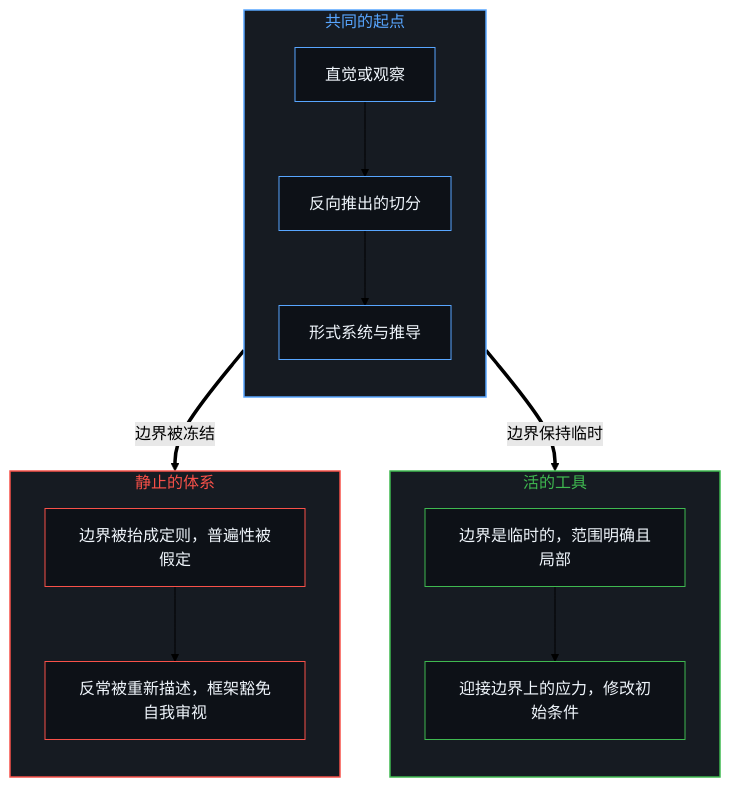
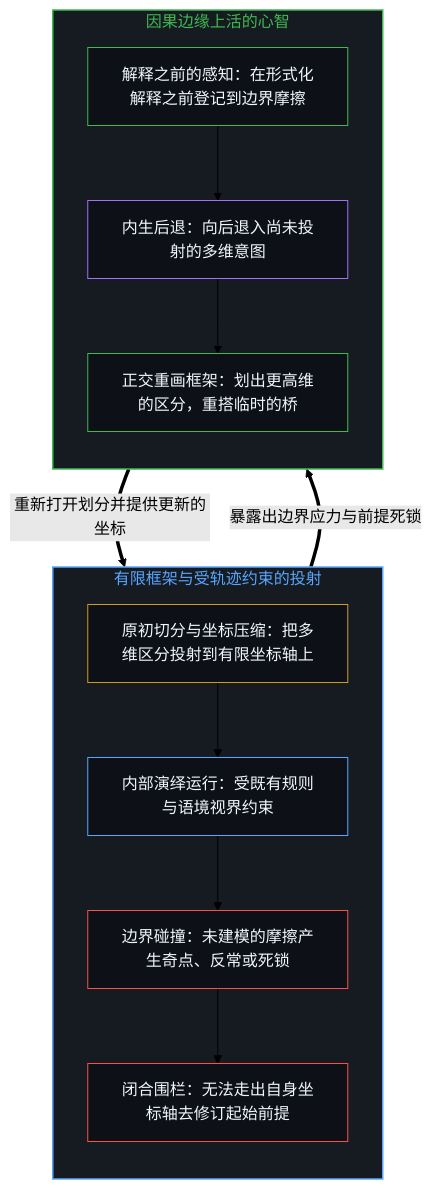
Before and after one commit to powerpig99/not-a-toe: the first of 2 diagrams in content/posts/the-boundary-of-the-frame.md, drawn with Mermaid (forest theme). The commit also changed other lines of this file and 1 other file, not shown here.

Commit message:
Sleep Wave 3 (L2 #61): Refine the-boundary-of-the-frame

````diff
--- a/content/posts/the-boundary-of-the-frame.md
+++ b/content/posts/the-boundary-of-the-frame.md
@@ -71,35 +81,32 @@
 ```mermaid
 flowchart TD
-    subgraph S_Origin["共同的起点"]
+    subgraph S_Frame["有限框架与受轨迹约束的投射"]
         direction TB
-        O1["直觉或观察"]
-        O2["反向推出的切分"]
-        O3["形式系统与推导"]
+        F1["原初切分与坐标压缩：把多维区分投射到有限坐标轴上"]
+        F2["内部演绎运行：受既有规则与语境视界约束"]
+        F3["边界碰撞：未建模的摩擦产生奇点、反常或死锁"]
+        F4["闭合围栏：无法走出自身坐标轴去修订起始前提"]
+        F1 --> F2 --> F3 --> F4
     end
-    subgraph S_Live["活的工具"]
+
+    subgraph S_Mind["因果边缘上活的心智"]
         direction TB
-        L1["边界是临时的，范围明确且局部"]
-        L2["迎接边界上的应力，修改初始条件"]
+        M1["解释之前的感知：在形式化解释之前登记到边界摩擦"]
+        M2["内生后退：向后退入尚未投射的多维意图"]
+        M3["正交重画框架：划出更高维的区分，重搭临时的桥"]
+        M1 --> M2 --> M3
     end
-    subgraph S_Static["静止的体系"]
-        direction TB
-        D1["边界被抬成定则，普遍性被假定"]
-        D2["反常被重新描述，框架豁免自我审视"]
-    end
-    O1 --> O2
-    O2 --> O3
-    O3 ==>|"边界保持临时"| L1
-    L1 --> L2
-    O3 ==>|"边界被冻结"| D1
-    D1 --> D2
-    style S_Origin fill:#161b22,stroke:#58a6ff,stroke-width:1.5px,color:#58a6ff
-    style S_Live fill:#161b22,stroke:#3fb950,stroke-width:1.5px,color:#3fb950
-    style S_Static fill:#161b22,stroke:#f85149,stroke-width:1.5px,color:#f85149
-    style O1 fill:#0d1117,stroke:#58a6ff,stroke-width:1px,color:#f0f6fc
-    style O2 fill:#0d1117,stroke:#58a6ff,stroke-width:1px,color:#f0f6fc
-    style O3 fill:#0d1117,stroke:#58a6ff,stroke-width:1px,color:#f0f6fc
-    style L1 fill:#0d1117,stroke:#3fb950,stroke-width:1px,color:#f0f6fc
-    style L2 fill:#0d1117,stroke:#3fb950,stroke-width:1px,color:#f0f6fc
-    style D1 fill:#0d1117,stroke:#f85149,stroke-width:1px,color:#f0f6fc
-    style D2 fill:#0d1117,stroke:#f85149,stroke-width:1px,color:#f0f6fc
+
+    F4 ==>|"暴露出边界应力与前提死锁"| M1
+    M3 ==>|"重新打开划分并提供更新的坐标"| F1
+
+    style S_Frame fill:#161b22,stroke:#58a6ff,stroke-width:1.5px,color:#58a6ff
+    style S_Mind fill:#161b22,stroke:#3fb950,stroke-width:1.5px,color:#3fb950
+    style F1 fill:#0d1117,stroke:#d29922,stroke-width:1px,color:#f0f6fc
+    style F2 fill:#0d1117,stroke:#58a6ff,stroke-width:1px,color:#f0f6fc
+    style F3 fill:#0d1117,stroke:#f85149,stroke-width:1px,color:#f0f6fc
+    style F4 fill:#0d1117,stroke:#f85149,stroke-width:1px,color:#f0f6fc
+    style M1 fill:#0d1117,stroke:#3fb950,stroke-width:1px,color:#f0f6fc
+    style M2 fill:#0d1117,stroke:#a371f7,stroke-width:1px,color:#f0f6fc
+    style M3 fill:#0d1117,stroke:#3fb950,stroke-width:1px,color:#f0f6fc
 ```
````
